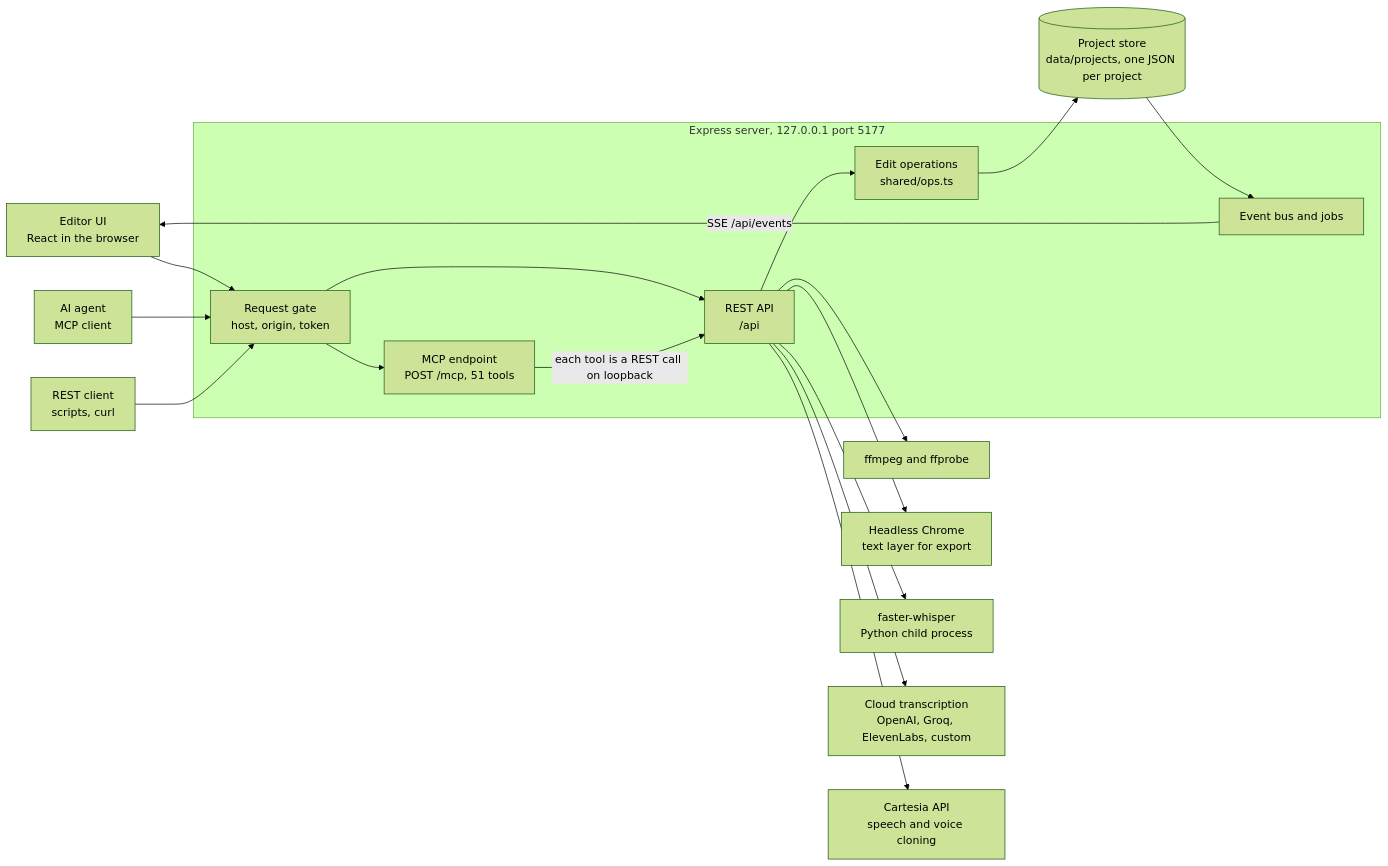
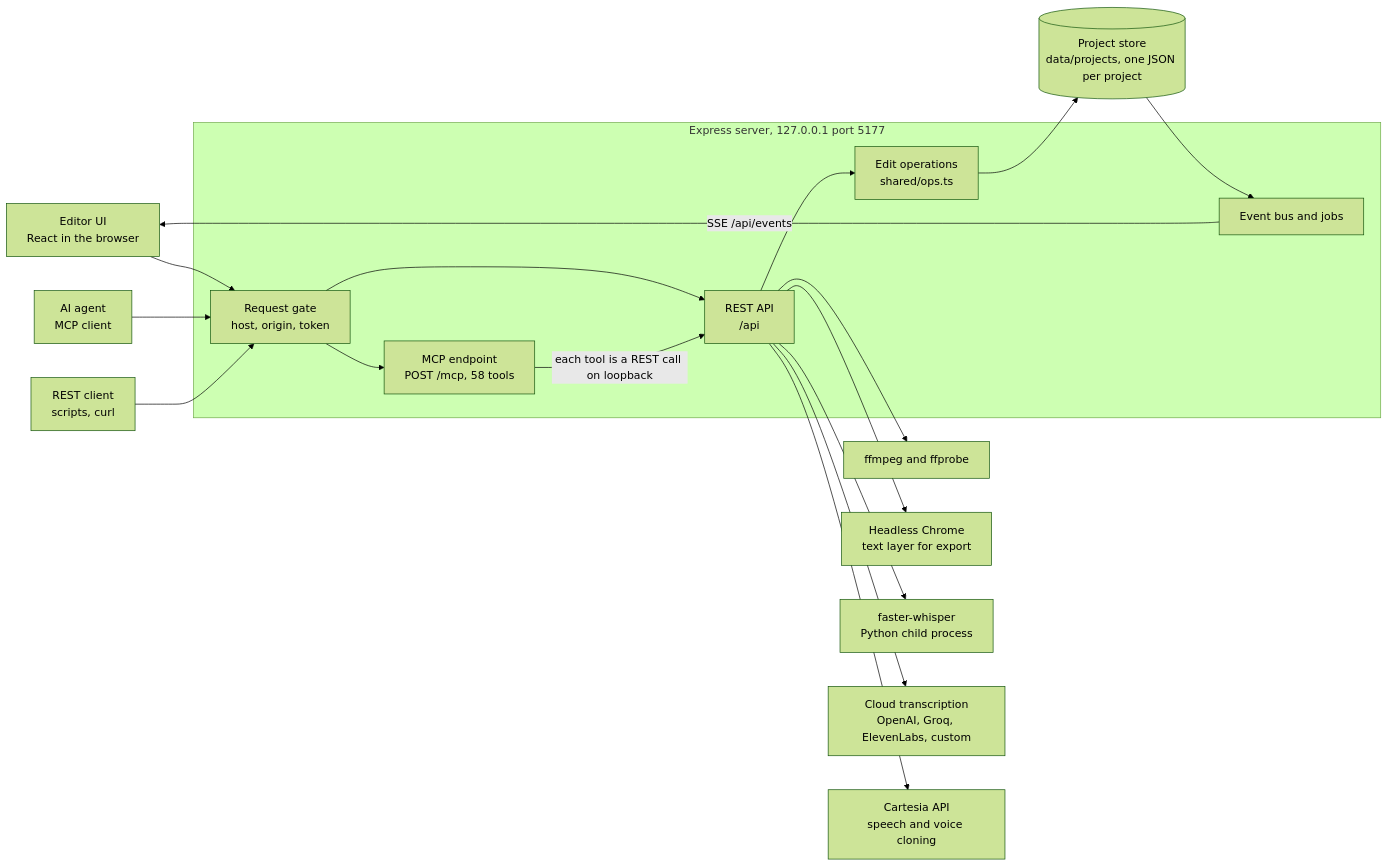
The first of 9 diagrams in docs/ARCHITECTURE.md (hoodini/yuv-studio), drawn with Mermaid (forest theme) before and after one commit. The commit also changed other lines of this file and 22 other files, not shown here.

Commit message:
Smart tools: edit by text, filler word removal, shorts finder, vertical reframe following the face, clean voice; 58 MCP tools

````diff
--- a/docs/ARCHITECTURE.md
+++ b/docs/ARCHITECTURE.md
@@ -28,37 +28,37 @@
 ```mermaid
 flowchart LR
   UI["Editor UI<br/>React in the browser"]
   AG["AI agent<br/>MCP client"]
   RC["REST client<br/>scripts, curl"]
 
   subgraph SRV["Express server, 127.0.0.1 port 5177"]
     GATE["Request gate<br/>host, origin, token"]
     API["REST API<br/>/api"]
-    MCP["MCP endpoint<br/>POST /mcp, 51 tools"]
+    MCP["MCP endpoint<br/>POST /mcp, 58 tools"]
     OPS["Edit operations<br/>shared/ops.ts"]
     BUS["Event bus and jobs"]
   end
 
   STORE[("Project store<br/>data/projects, one JSON per project")]
   FF["ffmpeg and ffprobe"]
   CH["Headless Chrome<br/>text layer for export"]
   WH["faster-whisper<br/>Python child process"]
   STT["Cloud transcription<br/>OpenAI, Groq, ElevenLabs, custom"]
   CA["Cartesia API<br/>speech and voice cloning"]
 
   UI --> GATE
   AG --> GATE
   RC --> GATE
   GATE --> API
   GATE --> MCP
   MCP -->|"each tool is a REST call on loopback"| API
   API --> OPS
   OPS --> STORE
   STORE --> BUS
   BUS -->|"SSE /api/events"| UI
   API --> FF
   API --> CH
   API --> WH
   API --> STT
   API --> CA
 ```
````
